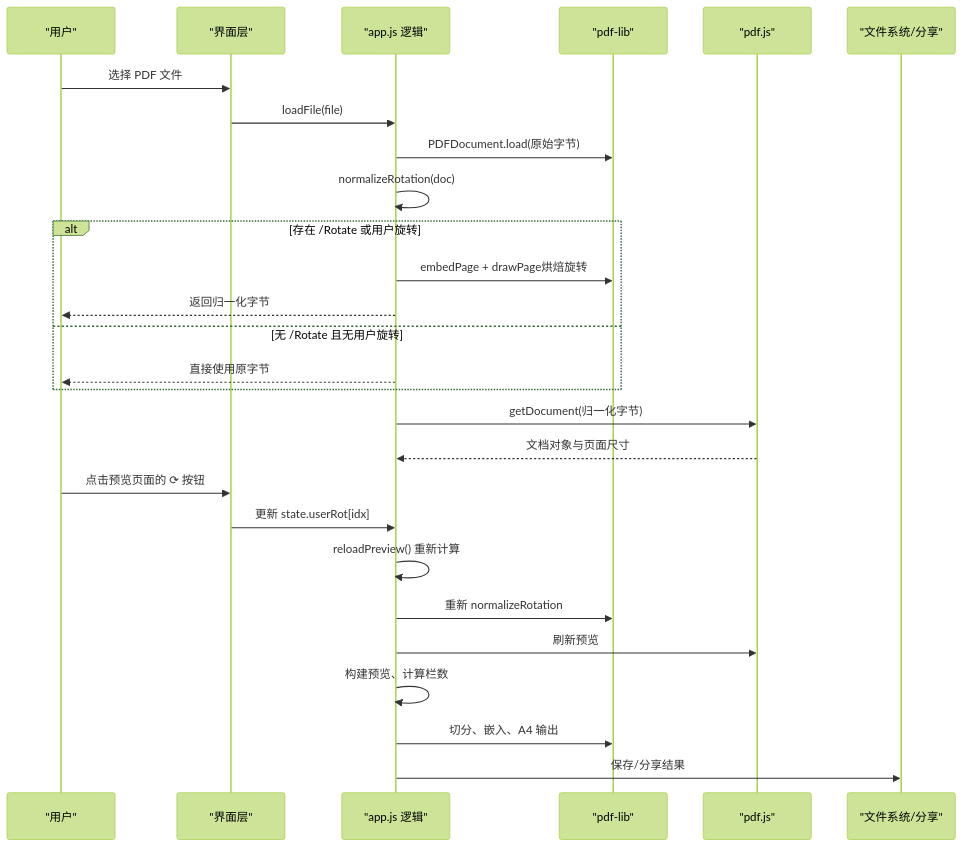
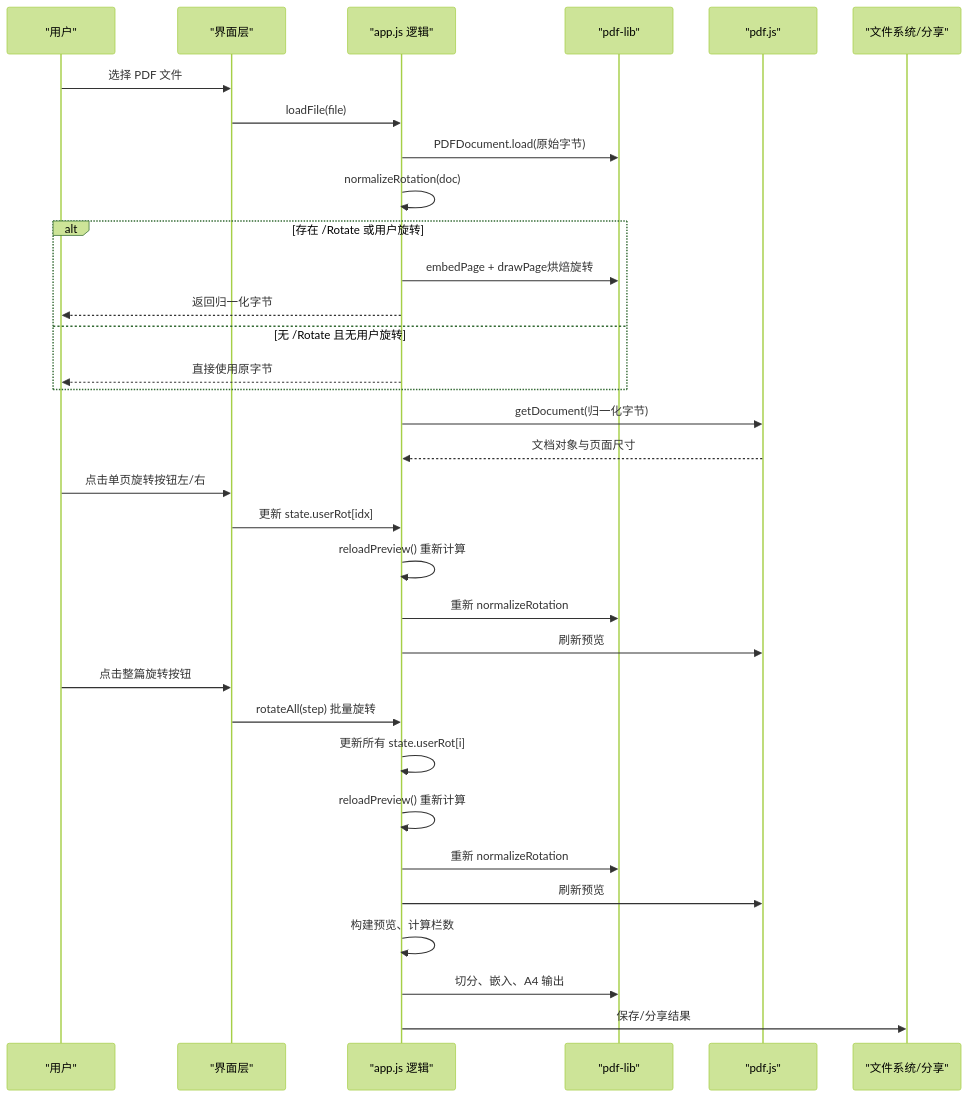
Before and after one commit to wzh8080/PDFTools: the second of 9 diagrams in .qoder/repowiki/zh/content/PDF处理引擎/旋转校正算法.md, drawn with Mermaid (forest theme). The commit also changed other lines of this file and 28 other files, not shown here.

````diff
--- a/.qoder/repowiki/zh/content/PDF处理引擎/旋转校正算法.md
+++ b/.qoder/repowiki/zh/content/PDF处理引擎/旋转校正算法.md
@@ -89,29 +92,35 @@
 ```mermaid
 sequenceDiagram
 participant User as "用户"
 participant UI as "界面层"
 participant App as "app.js 逻辑"
 participant PL as "pdf-lib"
 participant PJ as "pdf.js"
 participant FS as "文件系统/分享"
 User->>UI : 选择 PDF 文件
 UI->>App : loadFile(file)
 App->>PL : PDFDocument.load(原始字节)
 App->>App : normalizeRotation(doc)
 alt 存在 /Rotate 或用户旋转
 App->>PL : embedPage + drawPage烘焙旋转
 App-->>User : 返回归一化字节
 else 无 /Rotate 且无用户旋转
 App-->>User : 直接使用原字节
 end
 App->>PJ : getDocument(归一化字节)
 PJ-->>App : 文档对象与页面尺寸
-User->>UI : 点击预览页面的 ⟳ 按钮
+User->>UI : 点击单页旋转按钮左/右
 UI->>App : 更新 state.userRot[idx]
+App->>App : reloadPreview() 重新计算
+App->>PL : 重新 normalizeRotation
+App->>PJ : 刷新预览
+User->>UI : 点击整篇旋转按钮
+UI->>App : rotateAll(step) 批量旋转
+App->>App : 更新所有 state.userRot[i]
 App->>App : reloadPreview() 重新计算
 App->>PL : 重新 normalizeRotation
 App->>PJ : 刷新预览
 App->>App : 构建预览、计算栏数
 App->>PL : 切分、嵌入、A4 输出
 App->>FS : 保存/分享结果
 ```
````
